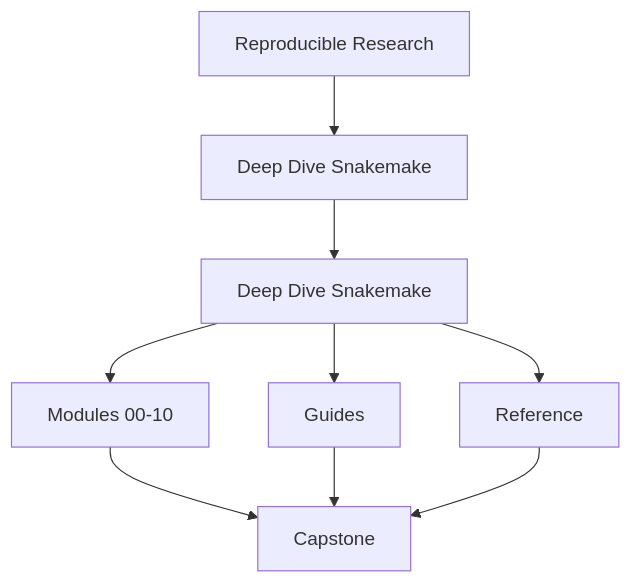
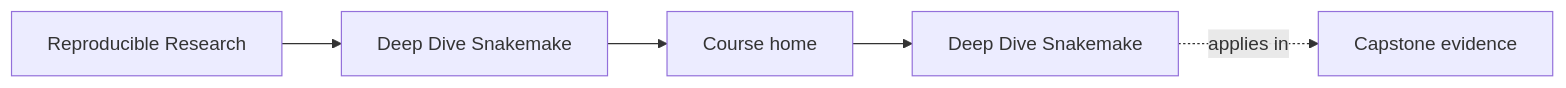
One commit to bijux/bijux-masterclass changed the first of 2 diagrams in programs/reproducible-research/deep-dive-snakemake/course-book/index.md. Above: the diagram before and after it, drawn with Mermaid. The commit also changed other lines of this file and 149 other files, not shown here.

Commit message:
docs(deep-dive-snakemake): map workflow proof and operations surfaces

````diff
--- a/programs/reproducible-research/deep-dive-snakemake/course-book/index.md
+++ b/programs/reproducible-research/deep-dive-snakemake/course-book/index.md
@@ -6,11 +6,11 @@
 ```mermaid
-flowchart TD
-  family["Reproducible Research"] --> program["Deep Dive Snakemake"]
-  program --> home["Deep Dive Snakemake"]
-  home --> modules["Modules 00-10"]
-  home --> guides["Guides"]
-  home --> reference["Reference"]
-  modules --> capstone["Capstone"]
-  guides --> capstone
-  reference --> capstone
+graph LR
+  family["Reproducible Research"]
+  program["Deep Dive Snakemake"]
+  section["Course home"]
+  page["Deep Dive Snakemake"]
+  capstone["Capstone evidence"]
+
+  family --> program --> section --> page
+  page -.applies in.-> capstone
 ```
````
